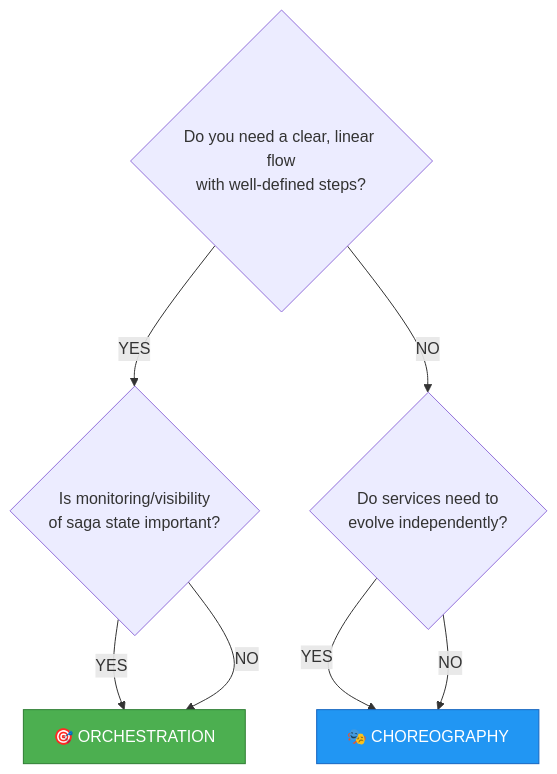
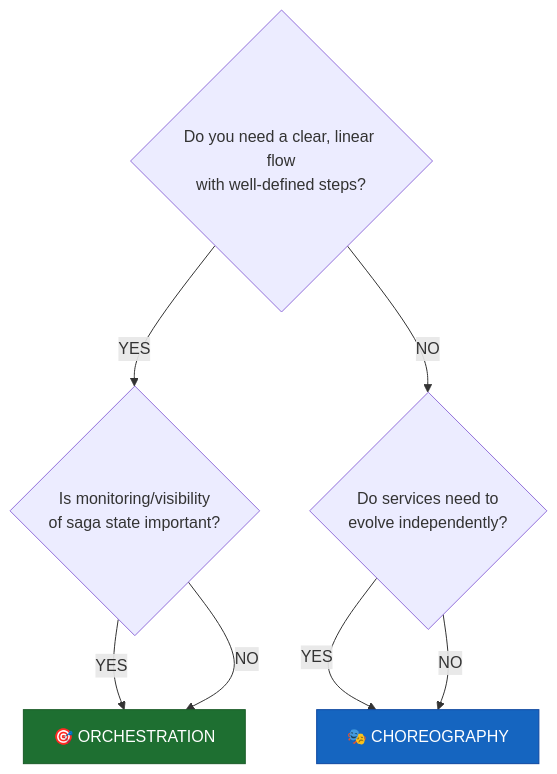
The first of 6 diagrams in docs/messaging/sagas.md (dlrivada/Encina), drawn with Mermaid before and after one commit. The commit also changed other lines of this file and 6 other files, not shown here.

First line of the commit message:
docs: replace hardcoded light-mode Mermaid colors with dark equivalents

````diff
--- a/docs/messaging/sagas.md
+++ b/docs/messaging/sagas.md
@@ -42,15 +42,15 @@
 ```mermaid
 flowchart TD
     A{Do you need a clear, linear flow<br/>with well-defined steps?}
     A -->|YES| B{Is monitoring/visibility<br/>of saga state important?}
     A -->|NO| C{Do services need to<br/>evolve independently?}
 
     B -->|YES| D[🎯 ORCHESTRATION]
     B -->|NO| D
 
     C -->|YES| E[🎭 CHOREOGRAPHY]
     C -->|NO| E
 
-    style D fill:#4CAF50,stroke:#2E7D32,color:#fff
-    style E fill:#2196F3,stroke:#1565C0,color:#fff
+    style D fill:#1e6f31,stroke:#1a5c28,color:#fff
+    style E fill:#1565c0,stroke:#0d47a1,color:#fff
 ```
````
